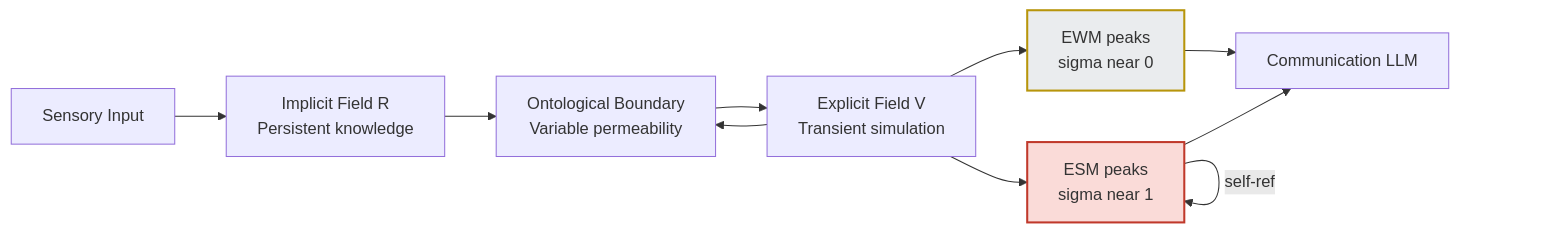
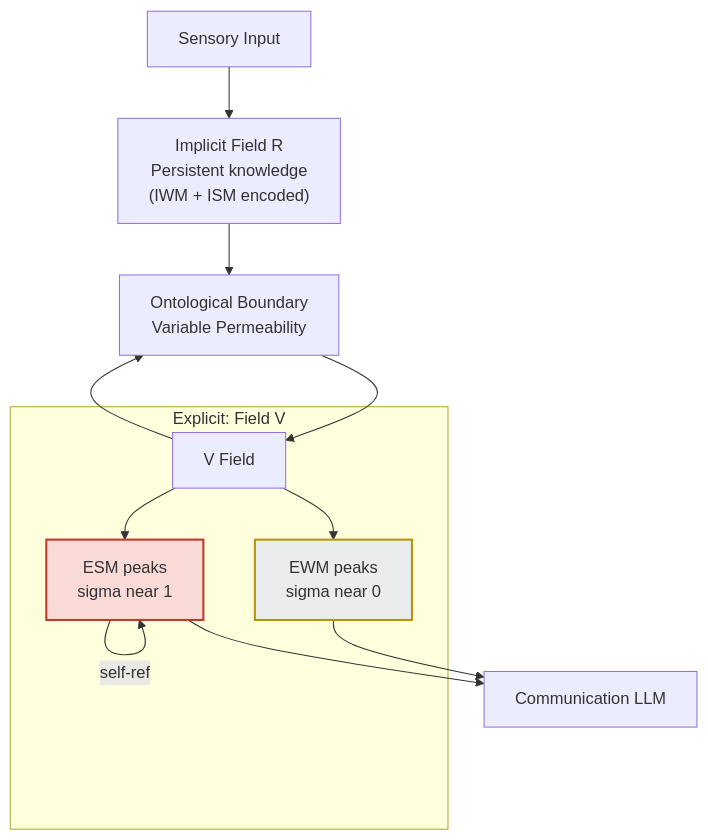
One commit to JeltzProstetnic/aIware changed the diagram in docs/engineering/designs/pdf/mmd/design-08-simple.mmd. Above: the diagram before and after it, drawn with Mermaid. The commit also changed 52 other files, not shown here.

First line of the commit message:
Session 129: AIW-15 diagram redesign (all 16 AC designs)

```diff
--- a/docs/engineering/designs/pdf/mmd/design-08-simple.mmd
+++ b/docs/engineering/designs/pdf/mmd/design-08-simple.mmd
@@ -1,12 +1,17 @@
-graph LR
-    SENS[Sensory Input] --> R[Implicit Field R<br/>Persistent knowledge]
-    R --> BOUND[Ontological Boundary<br/>Variable permeability]
-    BOUND --> V[Explicit Field V<br/>Transient simulation]
+graph TD
+    SENS[Sensory Input] --> R["Implicit Field R<br/>Persistent knowledge<br/>(IWM + ISM encoded)"]
+    R --> BOUND["Ontological Boundary<br/>Variable Permeability"]
+    BOUND --> V
+    subgraph EXPL["Explicit: Field V"]
+        V["V Field"]
+        EWM["EWM peaks<br/>sigma near 0"]
+        ESM["ESM peaks<br/>sigma near 1"]
+    end
+    V --> EWM
+    V --> ESM
     V --> BOUND
-    V --> EWM[EWM peaks<br/>sigma near 0]
-    V --> ESM[ESM peaks<br/>sigma near 1]
     ESM -->|self-ref| ESM
     EWM --> COMM[Communication LLM]
     ESM --> COMM
     style EWM fill:#EAECEE,stroke:#B7950B,stroke-width:2px
     style ESM fill:#FADBD8,stroke:#C0392B,stroke-width:2px
```
